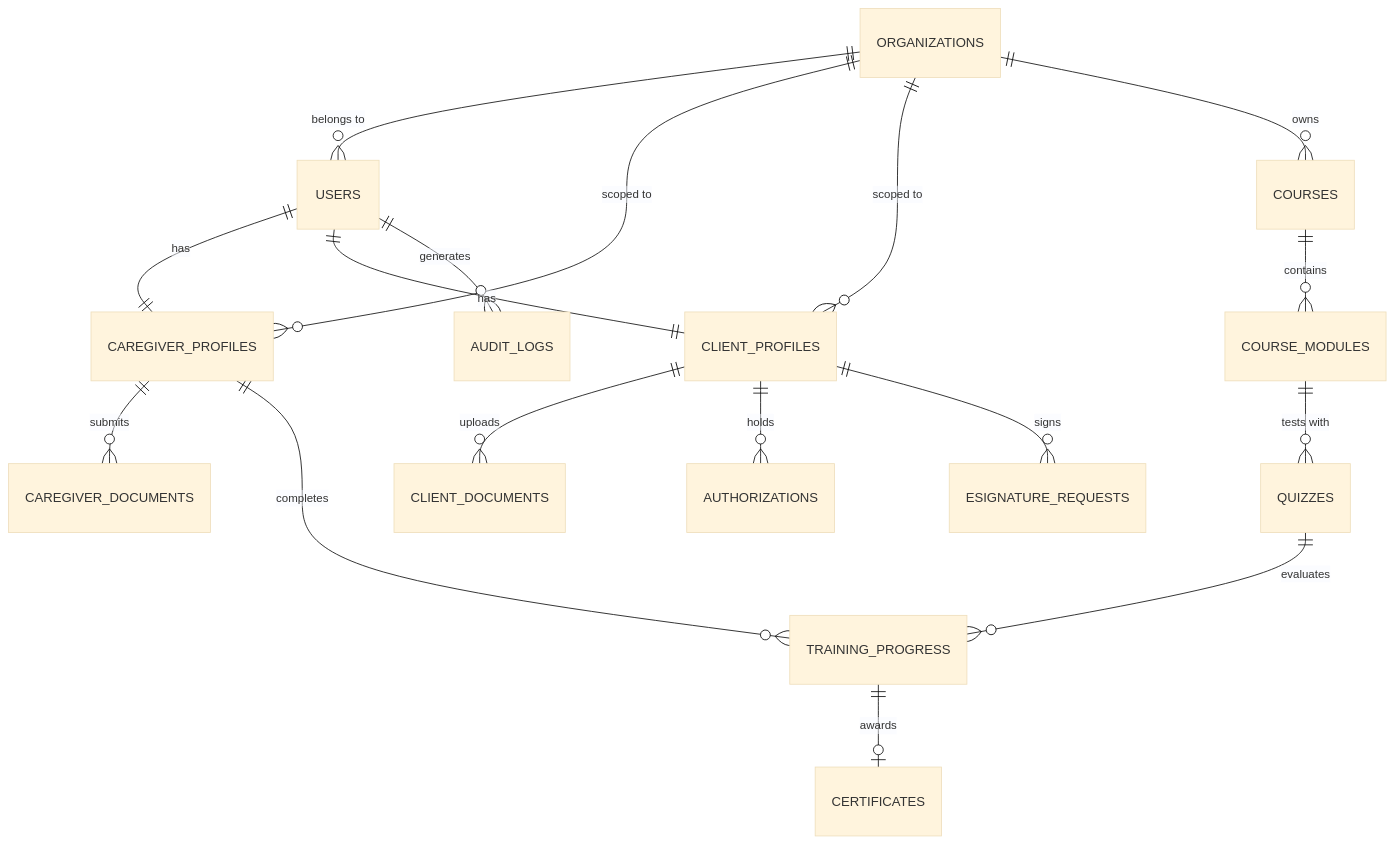
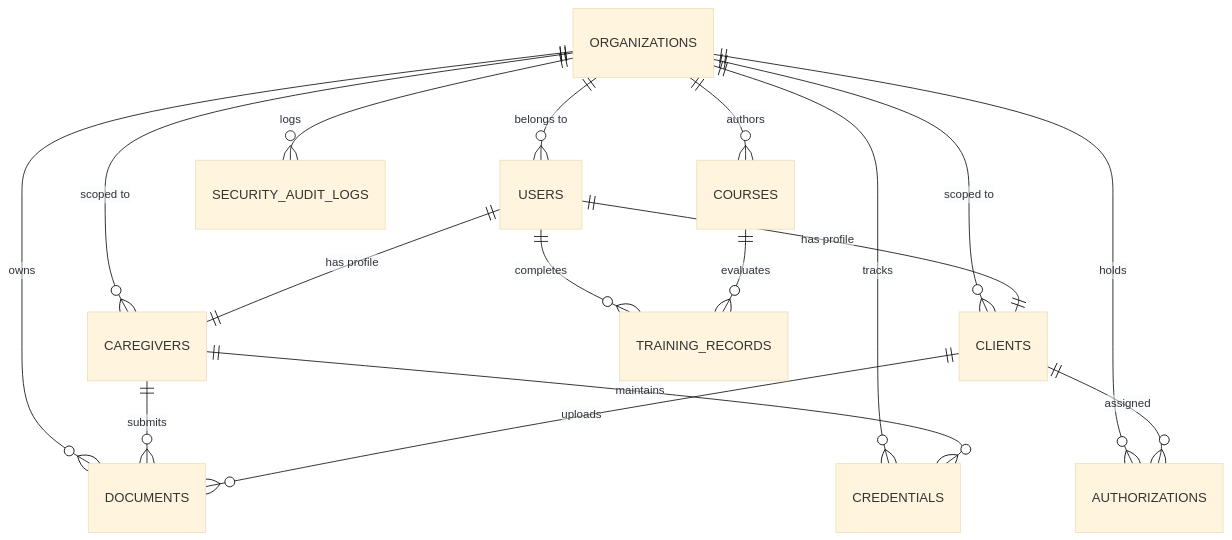
The third of 5 diagrams in docs/architecture.md (jico19/Crystal), drawn with Mermaid (base theme) before and after one commit. The commit also changed other lines of this file and 90 other files, not shown here.

````diff
--- a/docs/architecture.md
+++ b/docs/architecture.md
@@ -118,23 +225,23 @@
 ```mermaid
 erDiagram
     ORGANIZATIONS ||--o{ USERS : "belongs to"
-    ORGANIZATIONS ||--o{ CAREGIVER_PROFILES : "scoped to"
-    ORGANIZATIONS ||--o{ CLIENT_PROFILES : "scoped to"
-    ORGANIZATIONS ||--o{ COURSES : "owns"
+    ORGANIZATIONS ||--o{ CAREGIVERS : "scoped to"
+    ORGANIZATIONS ||--o{ CLIENTS : "scoped to"
+    ORGANIZATIONS ||--o{ DOCUMENTS : "owns"
+    ORGANIZATIONS ||--o{ CREDENTIALS : "tracks"
+    ORGANIZATIONS ||--o{ AUTHORIZATIONS : "holds"
+    ORGANIZATIONS ||--o{ COURSES : "authors"
+    ORGANIZATIONS ||--o{ SECURITY_AUDIT_LOGS : "logs"
+
+    USERS ||--|| CAREGIVERS : "has profile"
+    USERS ||--|| CLIENTS : "has profile"
+    USERS ||--o{ TRAINING_RECORDS : "completes"
     
-    USERS ||--|| CAREGIVER_PROFILES : "has"
-    USERS ||--|| CLIENT_PROFILES : "has"
-    USERS ||--o{ AUDIT_LOGS : "generates"
+    CAREGIVERS ||--o{ DOCUMENTS : "submits"
+    CAREGIVERS ||--o{ CREDENTIALS : "maintains"
     
-    CAREGIVER_PROFILES ||--o{ CAREGIVER_DOCUMENTS : "submits"
-    CAREGIVER_PROFILES ||--o{ TRAINING_PROGRESS : "completes"
+    CLIENTS ||--o{ DOCUMENTS : "uploads"
+    CLIENTS ||--o{ AUTHORIZATIONS : "assigned"
     
-    CLIENT_PROFILES ||--o{ CLIENT_DOCUMENTS : "uploads"
-    CLIENT_PROFILES ||--o{ AUTHORIZATIONS : "holds"
-    CLIENT_PROFILES ||--o{ ESIGNATURE_REQUESTS : "signs"
-    
-    COURSES ||--o{ COURSE_MODULES : "contains"
-    COURSE_MODULES ||--o{ QUIZZES : "tests with"
-    QUIZZES ||--o{ TRAINING_PROGRESS : "evaluates"
-    TRAINING_PROGRESS ||--o| CERTIFICATES : "awards"
+    COURSES ||--o{ TRAINING_RECORDS : "evaluates"
 ```
````
